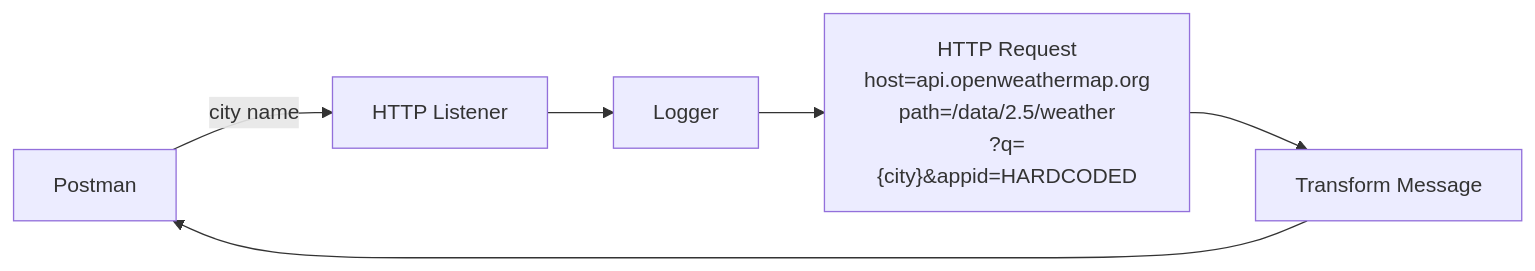
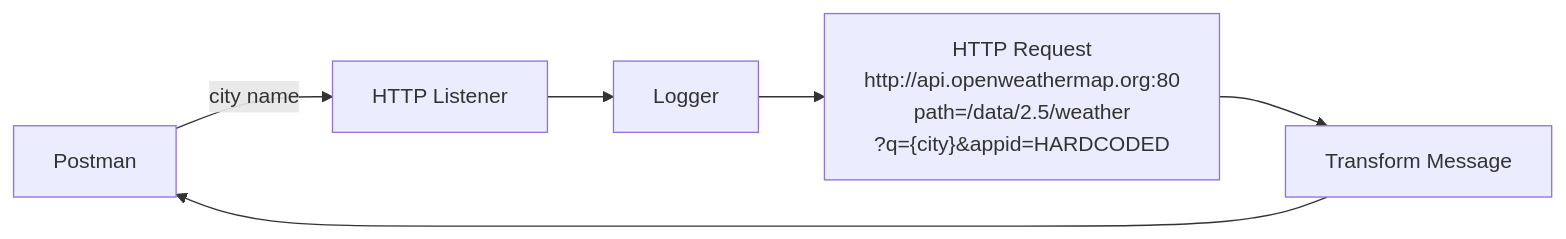
One commit to developerashok99/green-c-mule-notes changed the fifth of 7 diagrams in detailed-notes/day11.md. Above: the diagram before and after it, drawn with Mermaid. The commit also changed other lines of this file and 1 other file, not shown here.

````diff
--- a/detailed-notes/day11.md
+++ b/detailed-notes/day11.md
@@ -86,8 +90,8 @@
 ```mermaid
 flowchart LR
     PM[Postman] -->|"city name"| L[HTTP Listener]
     L --> Log[Logger]
-    Log --> Req["HTTP Request<br/>host=api.openweathermap.org<br/>path=/data/2.5/weather<br/>?q={city}&appid=HARDCODED"]
+    Log --> Req["HTTP Request<br/>http://api.openweathermap.org:80<br/>path=/data/2.5/weather<br/>?q={city}&appid=HARDCODED"]
     Req --> TM[Transform Message]
     TM --> PM
 ```
````
